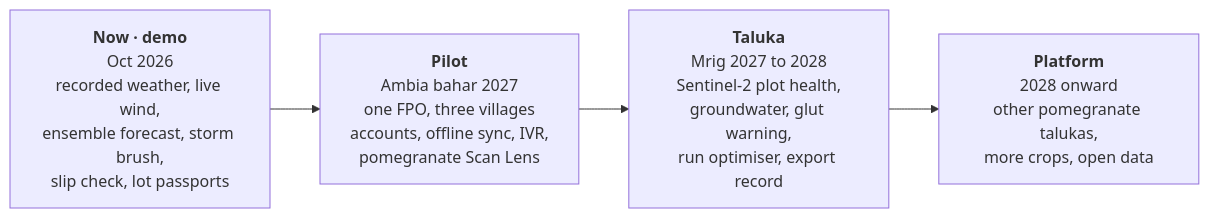
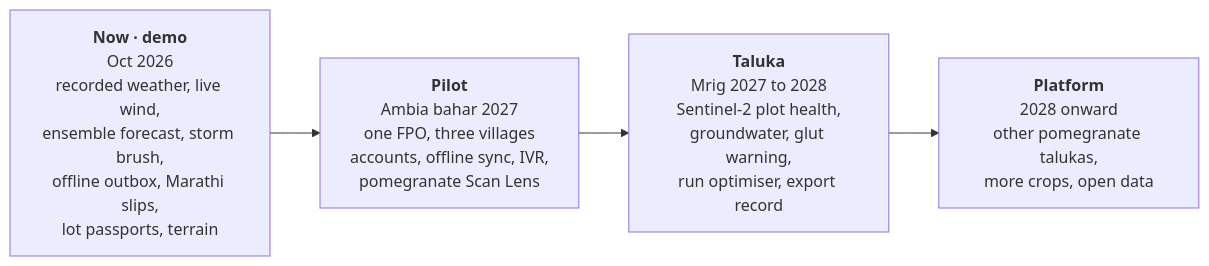
One commit to vizsh/KhetKundli changed the third of 3 diagrams in README.md. Above: the diagram before and after it, drawn with Mermaid. The commit also changed other lines of this file and 99 other files, not shown here.

First line of the commit message:
Add offline outbox sync, Marathi slips, terrain, a forecast backtest and the project report

````diff
--- a/README.md
+++ b/README.md
@@ -135,8 +146,8 @@
 ```mermaid
 flowchart LR
-  H0["<b>Now · demo</b><br/>Oct 2026<br/>recorded weather, live wind,<br/>ensemble forecast, storm brush,<br/>slip check, lot passports"]
+  H0["<b>Now · demo</b><br/>Oct 2026<br/>recorded weather, live wind,<br/>ensemble forecast, storm brush,<br/>offline outbox, Marathi slips,<br/>lot passports, terrain"]
   H1["<b>Pilot</b><br/>Ambia bahar 2027<br/>one FPO, three villages<br/>accounts, offline sync, IVR,<br/>pomegranate Scan Lens"]
   H2["<b>Taluka</b><br/>Mrig 2027 to 2028<br/>Sentinel-2 plot health,<br/>groundwater, glut warning,<br/>run optimiser, export record"]
   H3["<b>Platform</b><br/>2028 onward<br/>other pomegranate talukas,<br/>more crops, open data"]
   H0 --> H1 --> H2 --> H3
 ```
````
